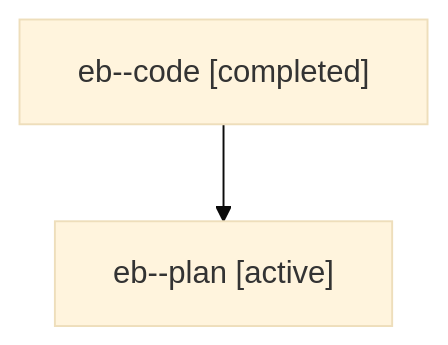
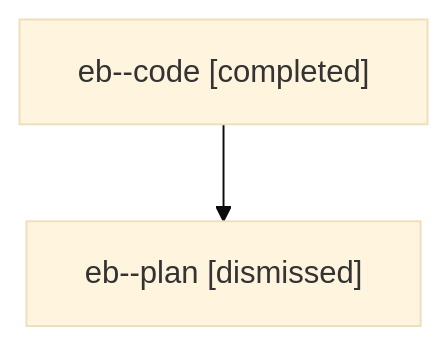
Before and after one commit to sase-org/sase--agents: the diagram in sessions/bbugyi200.athena.eb.md, drawn with Mermaid (base theme). The commit also changed other lines of this file and 31 other files, not shown here.

````diff
--- a/sessions/bbugyi200.athena.eb.md
+++ b/sessions/bbugyi200.athena.eb.md
@@ -9,6 +9,6 @@
 ```mermaid
 flowchart TD
   n0["eb--code [completed]"]
-  n1["eb--plan [active]"]
+  n1["eb--plan [dismissed]"]
   n0 --> n1
 ```
````
